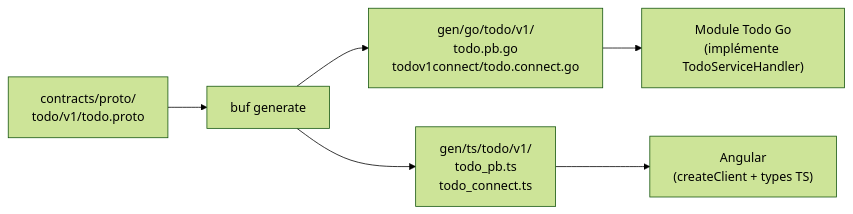
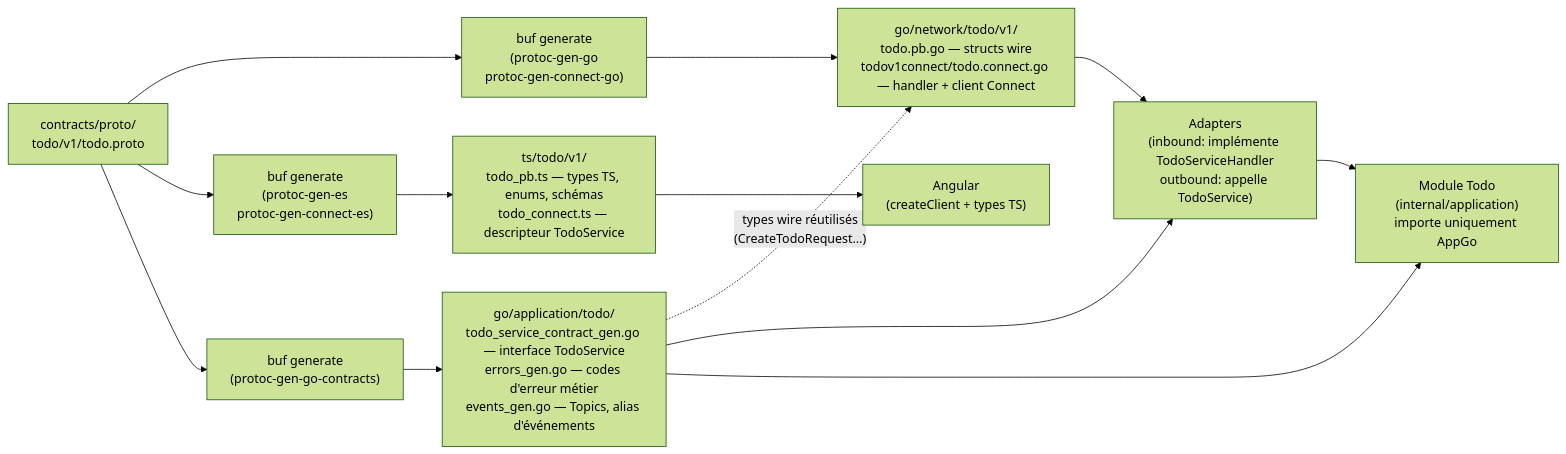
Before and after one commit to pivaldi/blog.piprime.fr: the tenth of 18 diagrams in hexo/source/_posts/fr/presentation-mmw.md, drawn with Mermaid (forest theme). The commit also changed other lines of this file and 4 other files, not shown here.

````diff
--- a/hexo/source/_posts/fr/presentation-mmw.md
+++ b/hexo/source/_posts/fr/presentation-mmw.md
@@ -676,15 +968,33 @@
 ```mermaid
 graph LR
-    Proto["contracts/proto/<br>todo/v1/todo.proto"]
-    Buf["buf generate"]
-    Go["gen/go/todo/v1/<br>todo.pb.go<br>todov1connect/todo.connect.go"]
-    TS["gen/ts/todo/v1/<br>todo_pb.ts<br>todo_connect.ts"]
-    Back["Module Todo Go<br>(implémente TodoServiceHandler)"]
-    Front["Angular<br>(createClient + types TS)"]
+  Proto["contracts/proto/<br>todo/v1/todo.proto"]
 
-    Proto --> Buf
-    Buf --> Go
-    Buf --> TS
-    Go --> Back
-    TS --> Front
+  BufNet["buf generate<br>(protoc-gen-go<br>protoc-gen-connect-go)"]
+  BufTS["buf generate<br>(protoc-gen-es<br>protoc-gen-connect-es)"]
+  BufApp["buf generate<br>(protoc-gen-go-contracts)"]
+
+  NetGo["go/network/todo/v1/<br>todo.pb.go — structs wire<br>todov1connect/todo.connect.go — handler + client Connect"]
+  AppGo["go/application/todo/<br>todo_service_contract_gen.go — interface TodoService<br>errors_gen.go — codes d'erreur métier<br>events_gen.go — Topics, alias d'événements"]
+  TS["ts/todo/v1/<br>todo_pb.ts — types TS, enums, schémas<br>todo_connect.ts — descripteur TodoService"]
+
+  Adapters["Adapters<br>(inbound: implémente TodoServiceHandler<br>outbound: appelle TodoService)"]
+  Back["Module Todo<br>(internal/application)<br>importe uniquement AppGo"]
+  Front["Angular<br>(createClient + types TS)"]
+
+  Proto --> BufNet
+  Proto --> BufTS
+  Proto --> BufApp
+
+  BufNet --> NetGo
+  BufTS  --> TS
+  BufApp --> AppGo
+
+  AppGo -.->|"types wire réutilisés<br>(CreateTodoRequest…)"| NetGo
+
+  NetGo --> Adapters
+  AppGo --> Adapters
+  AppGo --> Back
+  Adapters --> Back
+
+  TS --> Front
 ```
````
